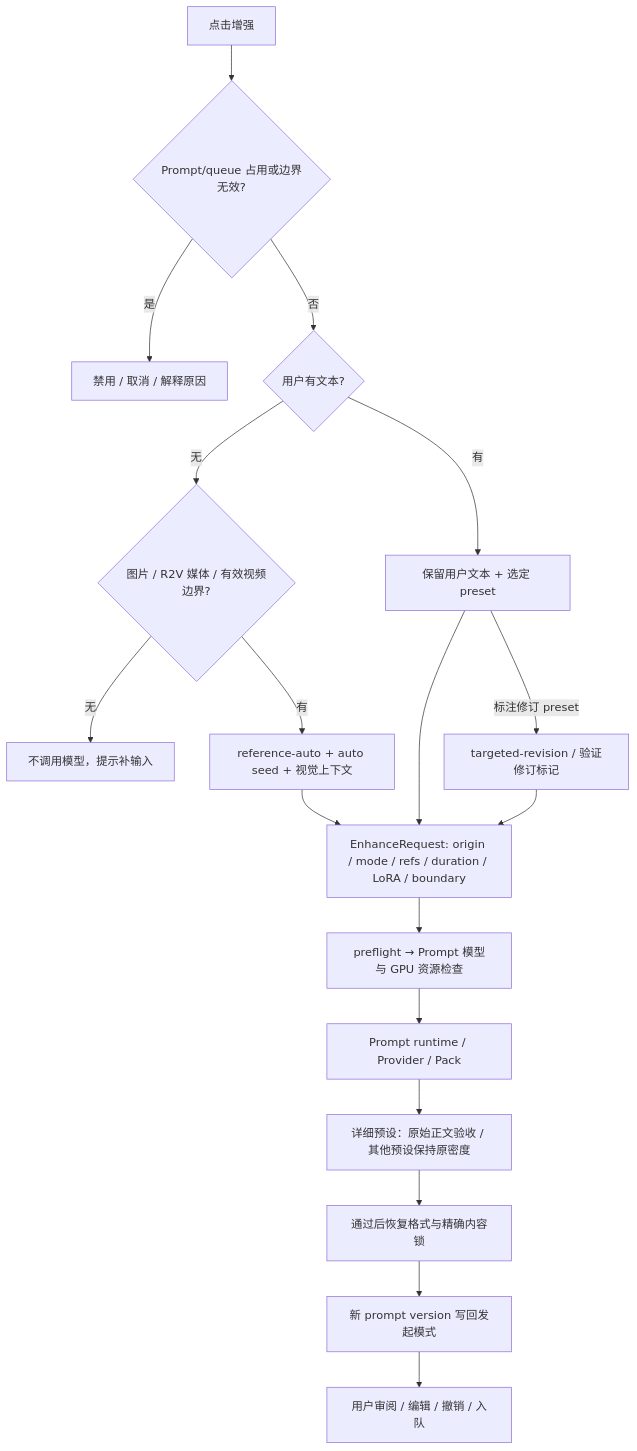
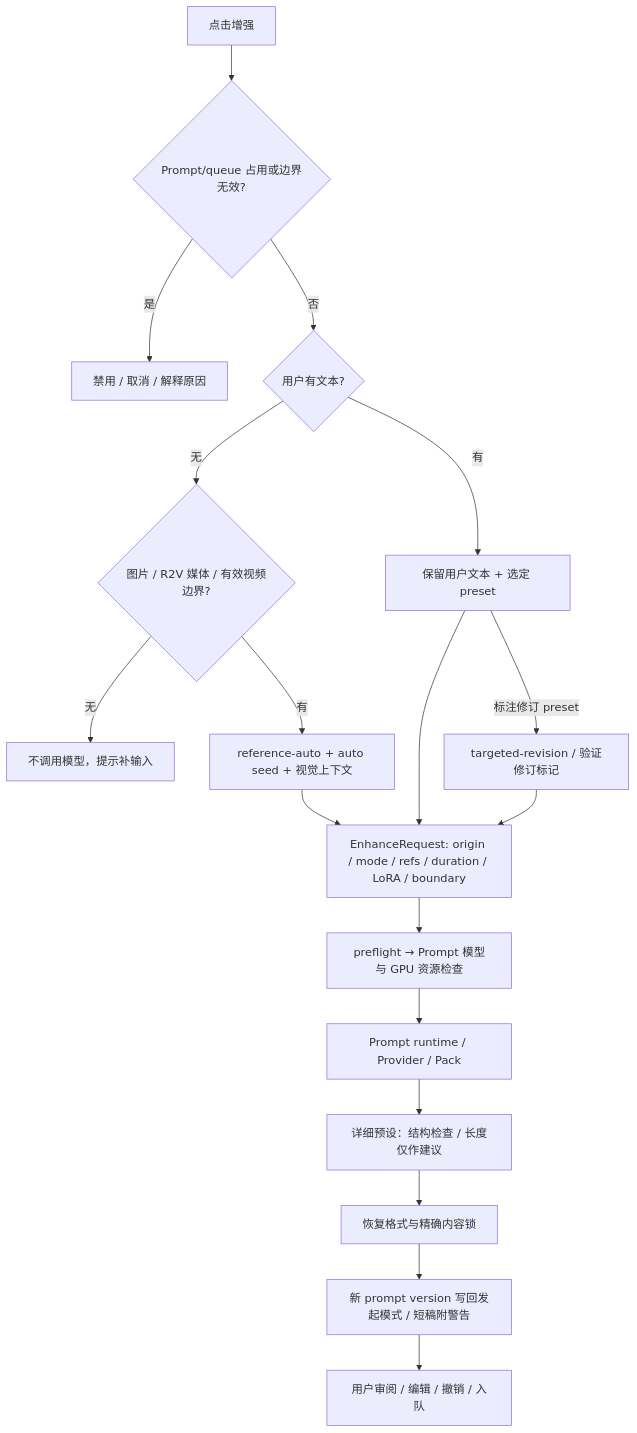
The third of 7 diagrams in docs/runbooks/PRODUCT_JOURNEYS.md (wxy112300/AIVideoGenTool), drawn with Mermaid before and after one commit. The commit also changed other lines of this file and 169 other files, not shown here.

````diff
--- a/docs/runbooks/PRODUCT_JOURNEYS.md
+++ b/docs/runbooks/PRODUCT_JOURNEYS.md
@@ -94,18 +95,18 @@
 ```mermaid
 flowchart TD
   B[点击增强] --> BUSY{Prompt/queue 占用或边界无效?}
   BUSY -->|是| BLOCK[禁用 / 取消 / 解释原因]
   BUSY -->|否| TEXT{用户有文本?}
   TEXT -->|无| MEDIA{图片 / R2V 媒体 / 有效视频边界?}
   MEDIA -->|无| STOP[不调用模型，提示补输入]
   MEDIA -->|有| AUTO[reference-auto + auto seed + 视觉上下文]
   TEXT -->|有| INTENT[保留用户文本 + 选定 preset]
   INTENT -->|标注修订 preset| REV[targeted-revision / 验证修订标记]
   AUTO & INTENT & REV --> REQ[EnhanceRequest: origin / mode / refs / duration / LoRA / boundary]
   REQ --> PF[preflight → Prompt 模型与 GPU 资源检查]
   PF --> MODEL[Prompt runtime / Provider / Pack]
-  MODEL --> RAW[详细预设：原始正文验收 / 其他预设保持原密度]
-  RAW --> NORMALIZE[通过后恢复格式与精确内容锁]
-  NORMALIZE --> RESULT[新 prompt version 写回发起模式]
+  MODEL --> RAW[详细预设：结构检查 / 长度仅作建议]
+  RAW --> NORMALIZE[恢复格式与精确内容锁]
+  NORMALIZE --> RESULT[新 prompt version 写回发起模式 / 短稿附警告]
   RESULT --> REVIEW[用户审阅 / 编辑 / 撤销 / 入队]
 ```
````
